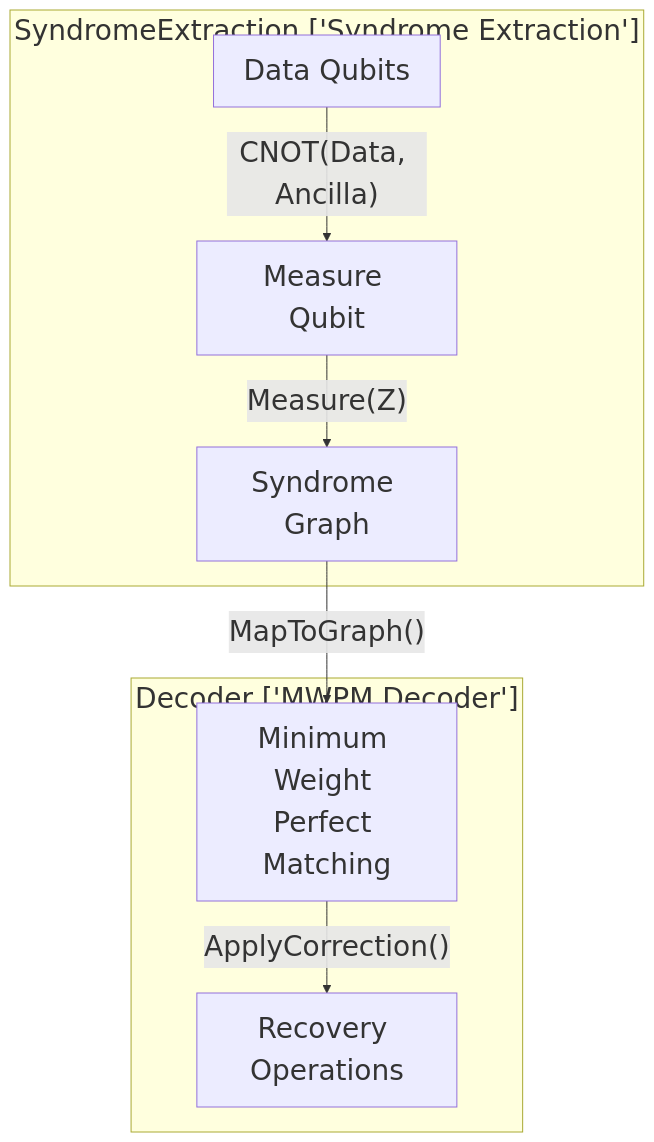
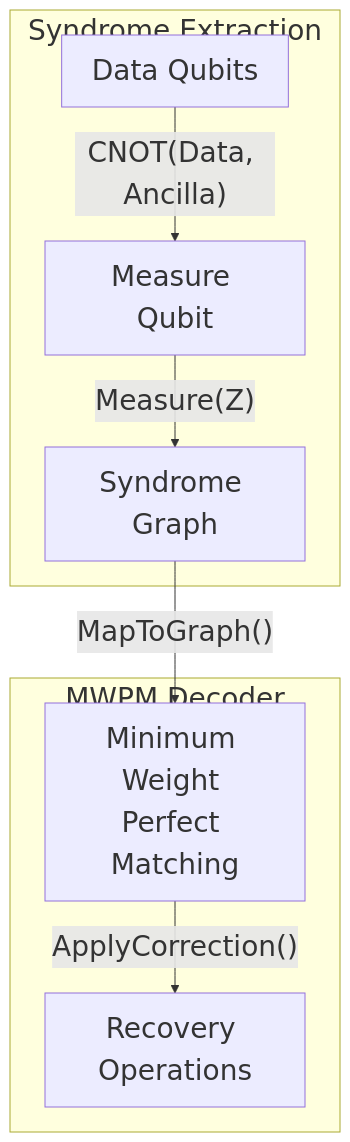
Before and after one commit to j4flmao/agent-skills: the diagram in skills/quantum-computing/quantum-error-correction/SKILL.md, drawn with Mermaid. The commit also changed 38 other files, not shown here.

Commit message:
style(skills): Add padding to Mermaid subgraphs to prevent label overlap with nodes

````diff
--- a/skills/quantum-computing/quantum-error-correction/SKILL.md
+++ b/skills/quantum-computing/quantum-error-correction/SKILL.md
@@ -17,12 +17,12 @@
 ```mermaid
 flowchart TD
 %%{init: {"theme": "default", "themeVariables": {"fontSize": "28px"}, "flowchart": {"useMaxWidth": false}}}%%
-    subgraph SyndromeExtractionSyndromeExtraction ["SyndromeExtraction ['Syndrome Extraction']"]
+    subgraph SyndromeExtractionSyndromeExtraction ["Syndrome Extraction<br/>"]
         Data[Data Qubits] -->|"CNOT(Data, Ancilla)"| Ancilla[Measure Qubit]
         Ancilla -->|"Measure(Z)"| Syndrome[Syndrome Graph]
     end
-    subgraph DecoderMWPMDecoder ["Decoder ['MWPM Decoder']"]
+    subgraph DecoderMWPMDecoder ["MWPM Decoder<br/>"]
         Syndrome -->|"MapToGraph()"| Match[Minimum Weight Perfect Matching]
         Match -->|"ApplyCorrection()"| Recovery[Recovery Operations]
     end
 ```
````
